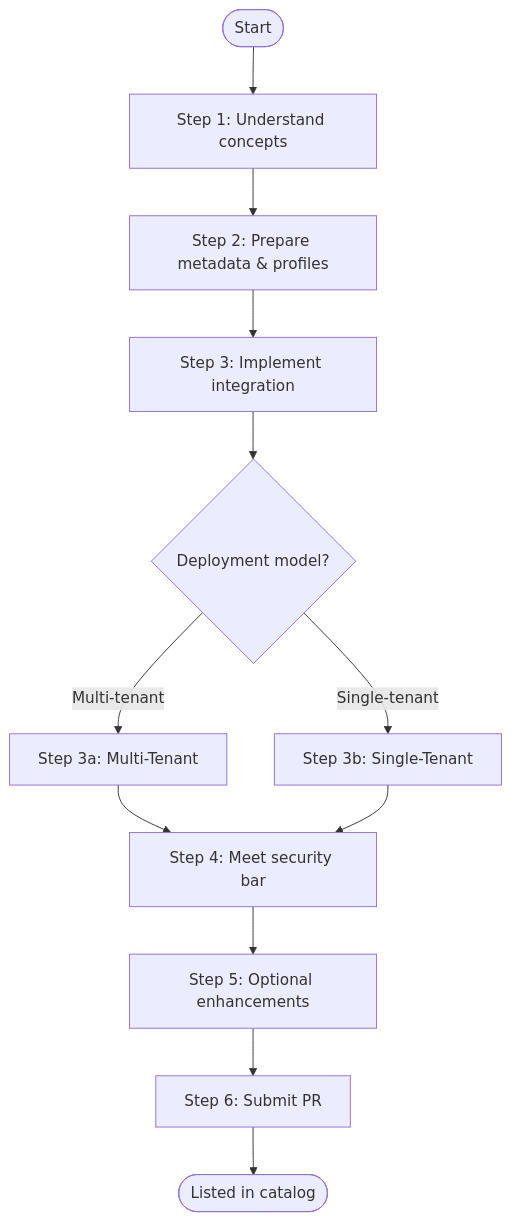
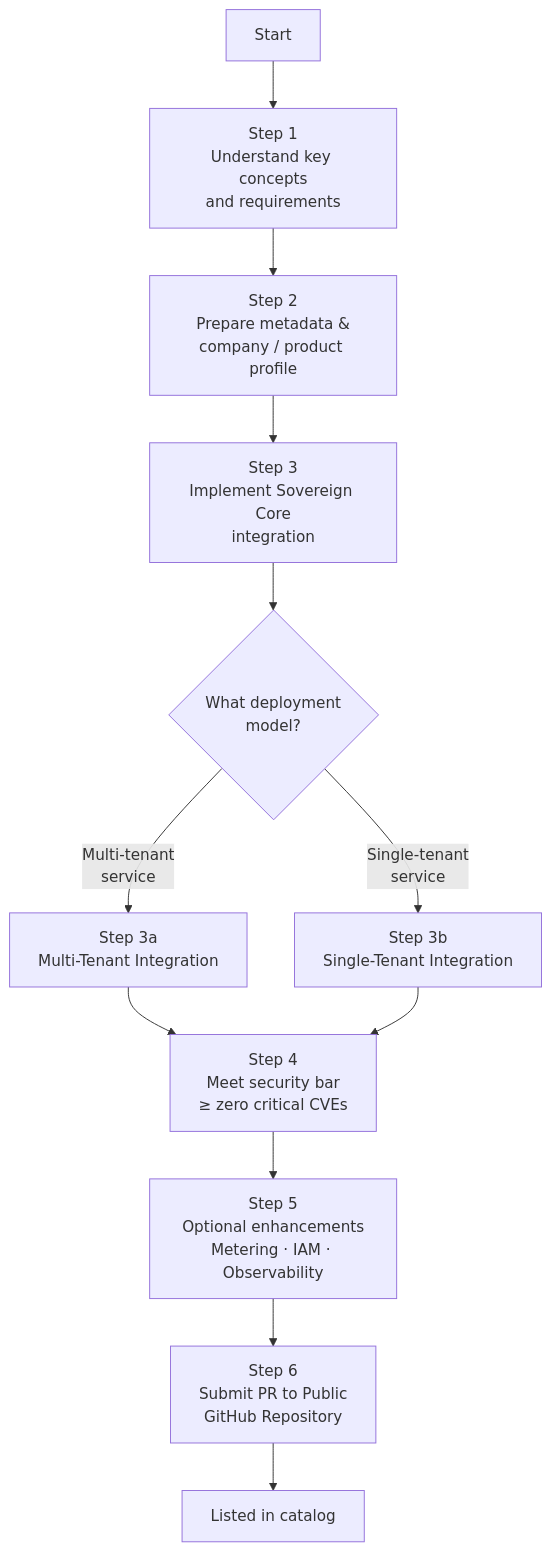
One commit to IBM/sovereign-core-catalog changed the diagram in README.md. Above: the diagram before and after it, drawn with Mermaid. The commit also changed other lines of this file, not shown here.

Commit message:
docs: consolidate README - trim integration levels, pillars, BYOP detail to summaries with links to catalog guide

````diff
--- a/README.md
+++ b/README.md
@@ -233,14 +142,14 @@
 ```mermaid
 flowchart TD
-    A([Start]) --> B[Step 1: Understand concepts]
-    B --> C[Step 2: Prepare metadata & profiles]
-    C --> D[Step 3: Implement integration]
-    D --> E{Deployment model?}
-    E -- "Multi-tenant" --> F[Step 3a: Multi-Tenant]
-    E -- "Single-tenant" --> G[Step 3b: Single-Tenant]
-    F --> H[Step 4: Meet security bar]
+    A[Start] --> B[Step 1<br/>Understand key concepts<br/>and requirements]
+    B --> C[Step 2<br/>Prepare metadata &<br/>company / product profile]
+    C --> D[Step 3<br/>Implement Sovereign Core<br/>integration]
+    D --> E{What deployment<br/>model?}
+    E -- "Multi-tenant<br/>service" --> F[Step 3a<br/>Multi-Tenant Integration]
+    E -- "Single-tenant<br/>service" --> G[Step 3b<br/>Single-Tenant Integration]
+    F --> H[Step 4<br/>Meet security bar<br/>≥ zero critical CVEs]
     G --> H
-    H --> I[Step 5: Optional enhancements]
-    I --> J[Step 6: Submit PR]
-    J --> K([Listed in catalog])
+    H --> I[Step 5<br/>Optional enhancements<br/>Metering · IAM · Observability]
+    I --> J[Step 6<br/>Submit PR to Public<br/>GitHub Repository]
+    J --> K[Listed in catalog]
 ```
````
